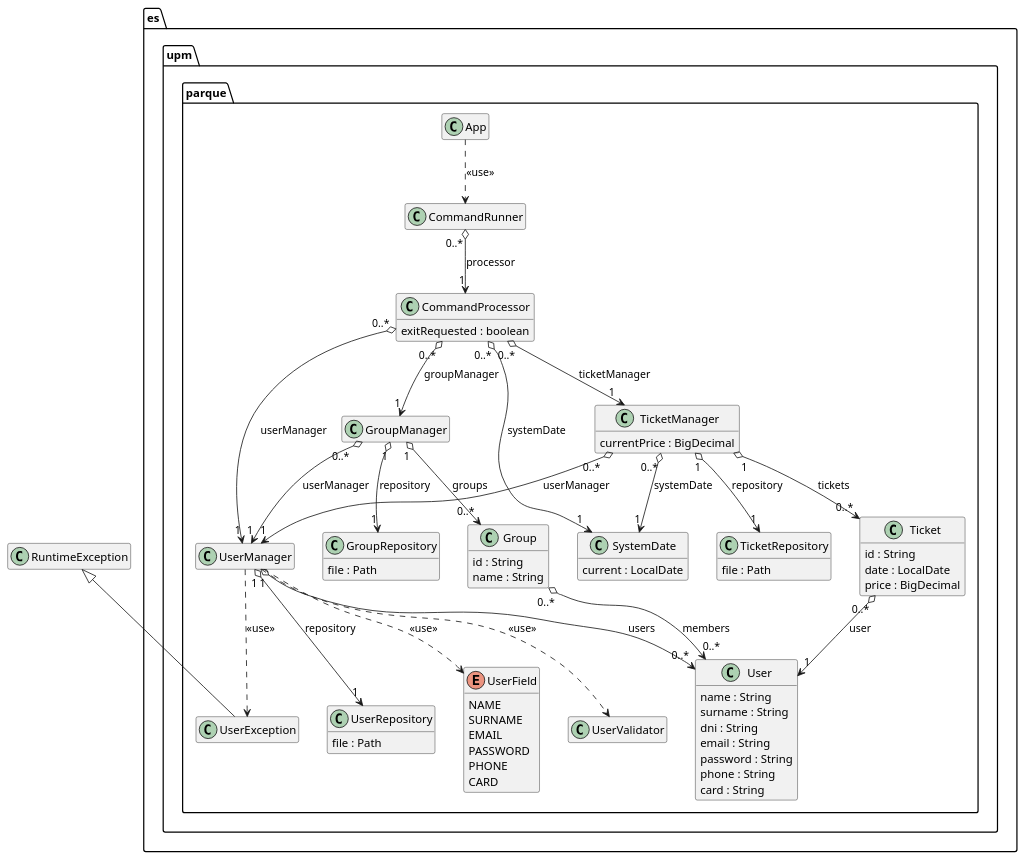
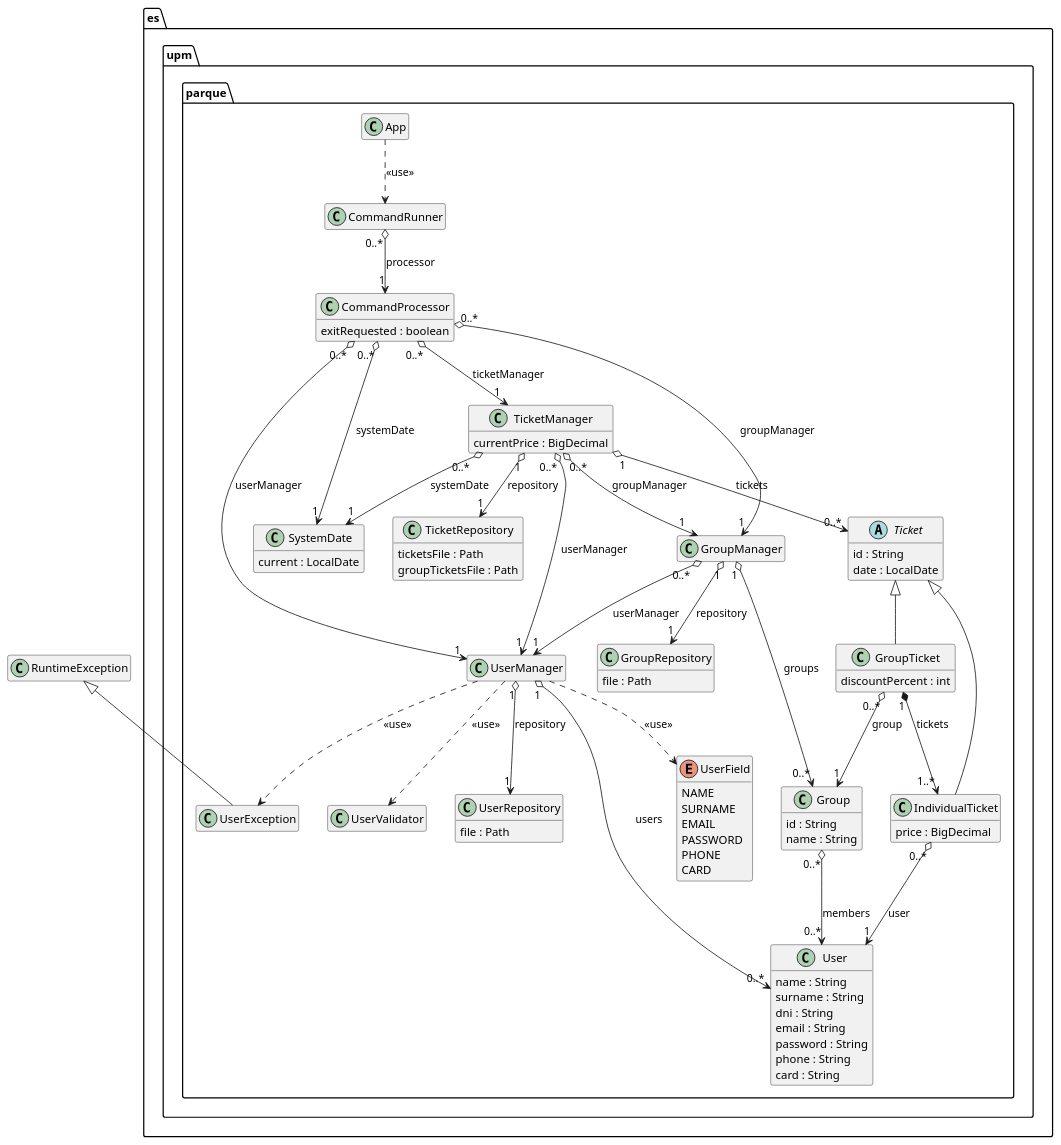
One commit to skai-upm/caise27 changed the diagram in uml/model.puml. Above: the diagram before and after it, drawn with PlantUML. The commit also changed 20 other files, not shown here.

```diff
--- a/uml/model.puml
+++ b/uml/model.puml
@@ -1,98 +1,111 @@
 @startuml model
 ' Amusement park - class model (Delivery 2: users, groups, tickets, system date)
 hide empty members
 skinparam classAttributeIconSize 0
 
 package es.upm.parque {
 
   class App
 
   class CommandRunner
 
   class CommandProcessor {
     exitRequested : boolean
   }
 
   class SystemDate {
     current : LocalDate
   }
 
   class UserManager
 
   class GroupManager
 
   class UserRepository {
     file : Path
   }
 
   class GroupRepository {
     file : Path
   }
 
   class TicketManager {
     currentPrice : BigDecimal
   }
 
   class TicketRepository {
-    file : Path
+    ticketsFile : Path
+    groupTicketsFile : Path
   }
 
   class User {
     name : String
     surname : String
     dni : String
     email : String
     password : String
     phone : String
     card : String
   }
 
   enum UserField {
     NAME
     SURNAME
     EMAIL
     PASSWORD
     PHONE
     CARD
   }
 
   class Group {
     id : String
     name : String
   }
 
-  class Ticket {
+  abstract class Ticket {
     id : String
     date : LocalDate
+  }
+
+  class IndividualTicket {
     price : BigDecimal
+  }
+
+  class GroupTicket {
+    discountPercent : int
   }
 
   class UserException
 
   class UserValidator
 }
 
 CommandRunner "0..*" o--> "1" CommandProcessor : processor
 CommandProcessor "0..*" o--> "1" UserManager : userManager
 CommandProcessor "0..*" o--> "1" GroupManager : groupManager
 CommandProcessor "0..*" o--> "1" TicketManager : ticketManager
 CommandProcessor "0..*" o--> "1" SystemDate : systemDate
 UserManager "1" o--> "1" UserRepository : repository
 UserManager "1" o--> "0..*" User : users
 GroupManager "1" o--> "1" GroupRepository : repository
 GroupManager "0..*" o--> "1" UserManager : userManager
 GroupManager "1" o--> "0..*" Group : groups
 Group "0..*" o--> "0..*" User : members
 TicketManager "1" o--> "1" TicketRepository : repository
 TicketManager "0..*" o--> "1" UserManager : userManager
+TicketManager "0..*" o--> "1" GroupManager : groupManager
 TicketManager "0..*" o--> "1" SystemDate : systemDate
 TicketManager "1" o--> "0..*" Ticket : tickets
-Ticket "0..*" o--> "1" User : user
+Ticket <|-- IndividualTicket
+Ticket <|-- GroupTicket
+IndividualTicket "0..*" o--> "1" User : user
+GroupTicket "0..*" o--> "1" Group : group
+GroupTicket "1" *--> "1..*" IndividualTicket : tickets
 
 App ..> CommandRunner : <<use>>
 UserManager ..> UserField : <<use>>
 UserManager ..> UserValidator : <<use>>
 UserManager ..> UserException : <<use>>
 RuntimeException <|-- UserException
 
 @enduml
```
